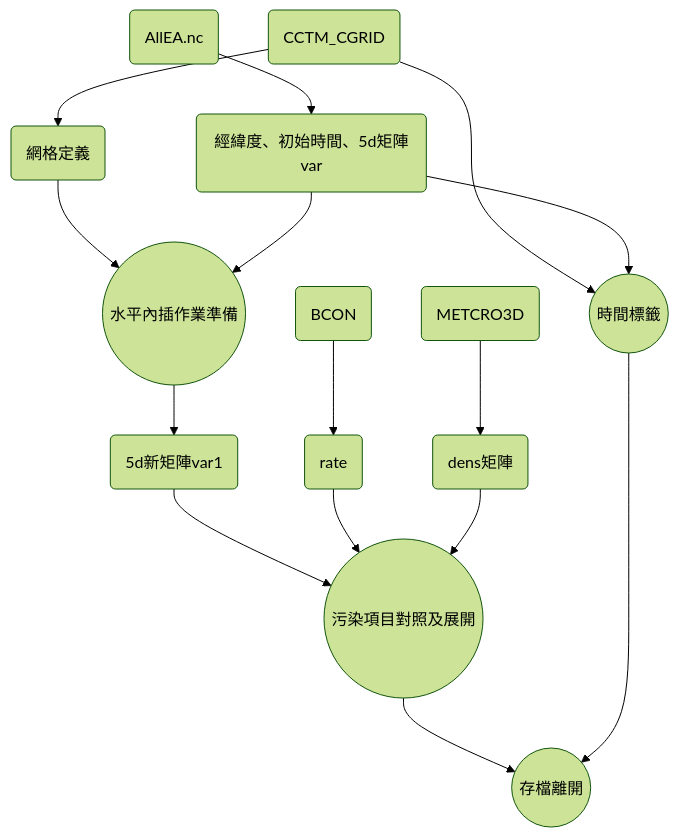
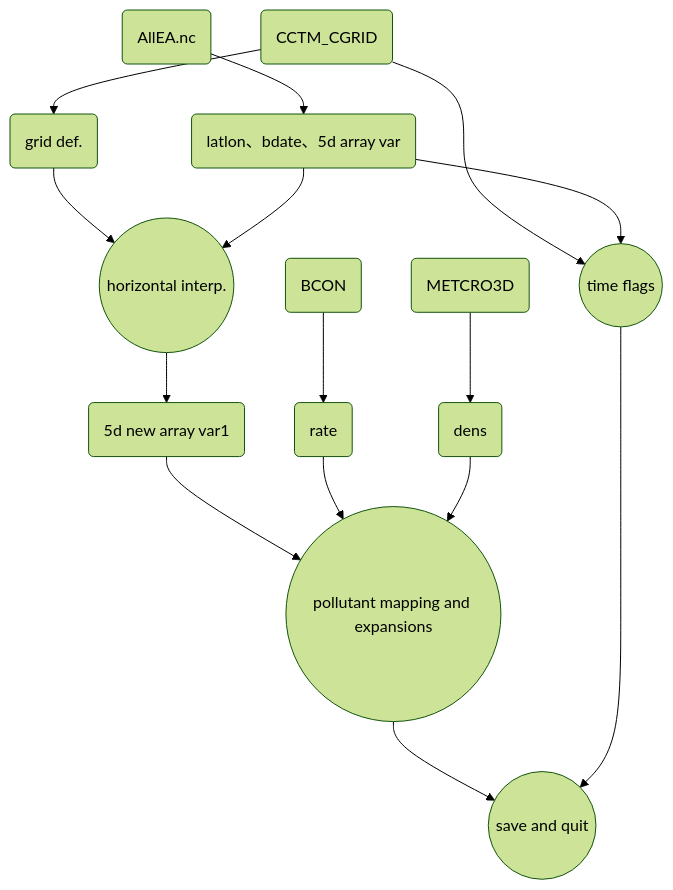
One commit to sinotec2/FAQ changed the diagram in _posts/2022-08-16-CAMS_ic.md. Above: the diagram before and after it, drawn with Mermaid (forest theme).

````diff
--- a/_posts/2022-08-16-CAMS_ic.md
+++ b/_posts/2022-08-16-CAMS_ic.md
@@ -125,17 +125,17 @@
 ```mermaid
 graph TD
-    A(AllEA.nc) --> B(經緯度、初始時間、5d矩陣var)
+    A(AllEA.nc) --> B(latlon、bdate、5d array var)
     C(BCON) --> D(rate)
-    E(METCRO3D) --> F(dens矩陣)
-    G(CCTM_CGRID) --> H(網格定義)
-    G --> I((時間標籤))
+    E(METCRO3D) --> F(dens)
+    G(CCTM_CGRID) --> H(grid def.)
+    G --> I((time flags))
     B --> I
-    H --> J((水平內插作業準備))
+    H --> J((horizontal interp.))
     B --> J
-    J --> K(5d新矩陣var1)
-    K --> L((污染項目對照及展開))
+    J --> K(5d new array var1)
+    K --> L((pollutant mapping and expansions))
     D --> L
     F --> L
-    L --> M((存檔離開))
+    L --> M((save and quit))
     I --> M 
 ```
````
